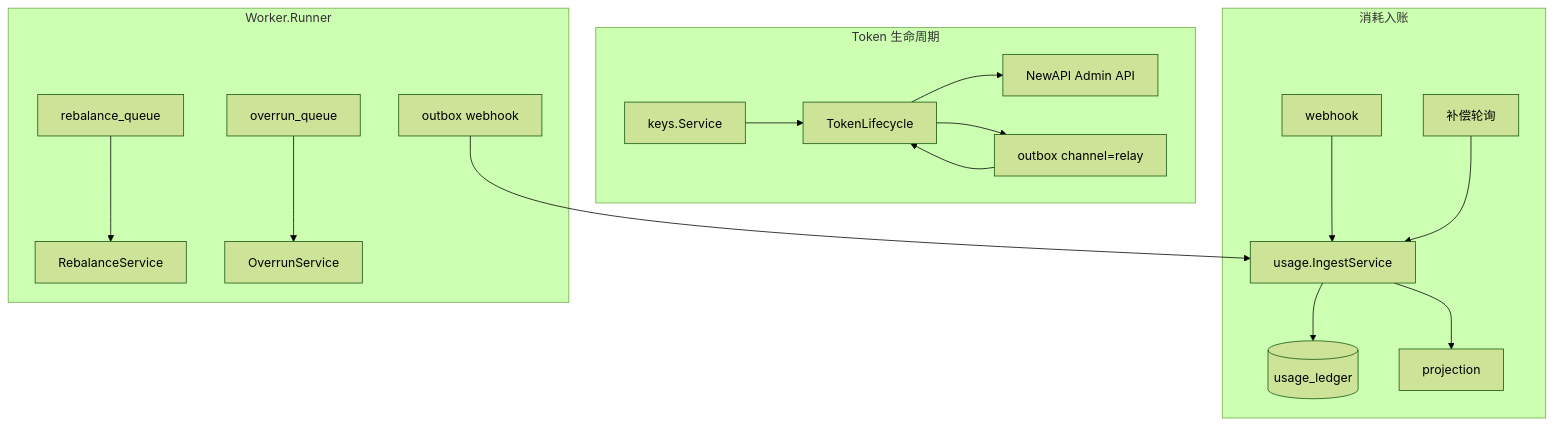
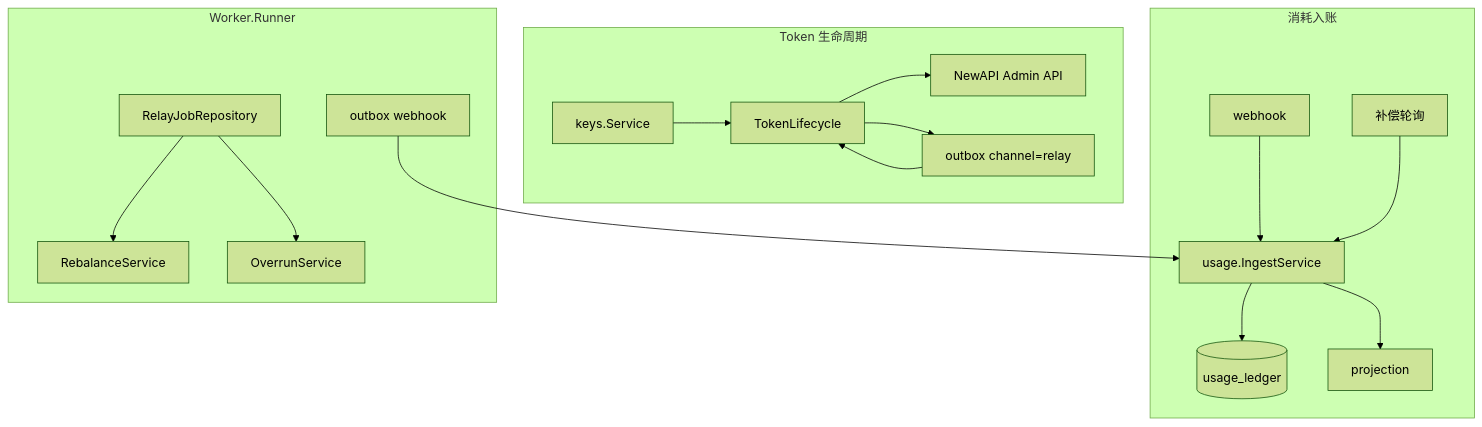
The fourth of 6 diagrams in docs/Backend-架构.md (quyip8818/mytokenjoy), drawn with Mermaid (forest theme) before and after one commit. The commit also changed other lines of this file and 40 other files, not shown here.

````diff
--- a/docs/Backend-架构.md
+++ b/docs/Backend-架构.md
@@ -260,22 +271,22 @@
 ```mermaid
 flowchart TB
   subgraph lifecycle [Token 生命周期]
     KEYS[keys.Service] --> LC[TokenLifecycle]
     LC --> NA_API[NewAPI Admin API]
     LC --> OB_R[outbox channel=relay]
   end
 
   subgraph ingest [消耗入账]
     WH[webhook] --> ING[usage.IngestService]
     COMP[补偿轮询] --> ING
     ING --> LEDGER[(usage_ledger)]
     ING --> PROJ[projection]
   end
 
   subgraph worker [Worker.Runner]
     OB_R --> LC
     OB_W[outbox webhook] --> ING
-    RBQ[rebalance_queue] --> RBS[RebalanceService]
-    ORQ[overrun_queue] --> OVS[OverrunService]
+    JOBS[RelayJobRepository] --> RBS[RebalanceService]
+    JOBS --> OVS[OverrunService]
   end
 ```
````
